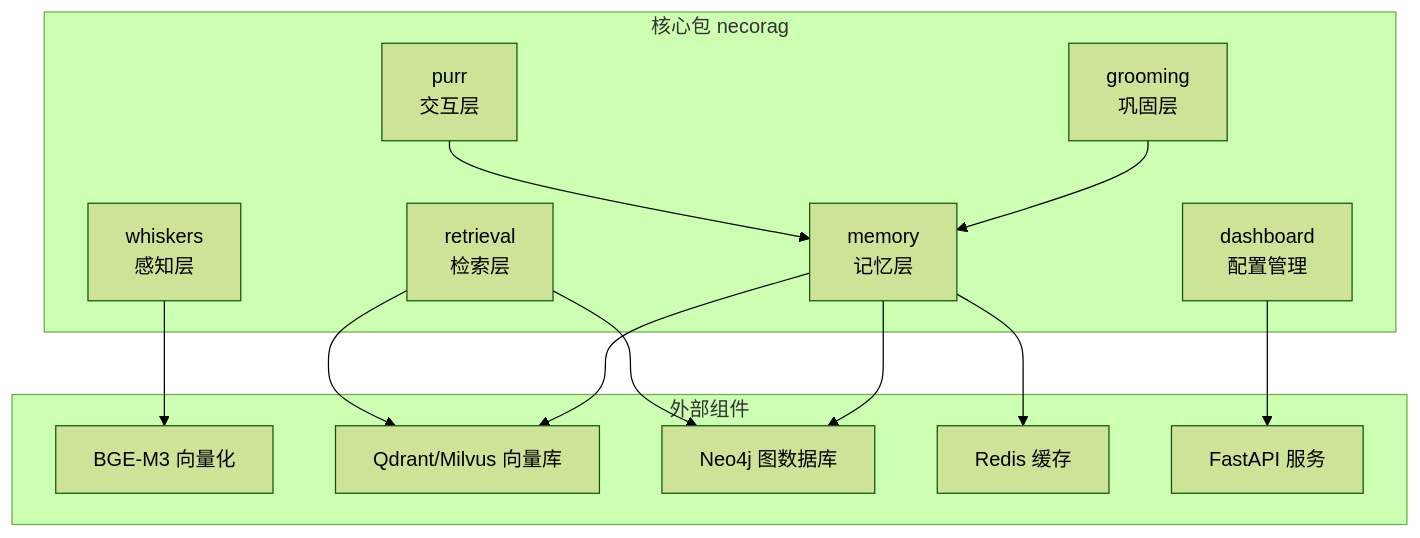
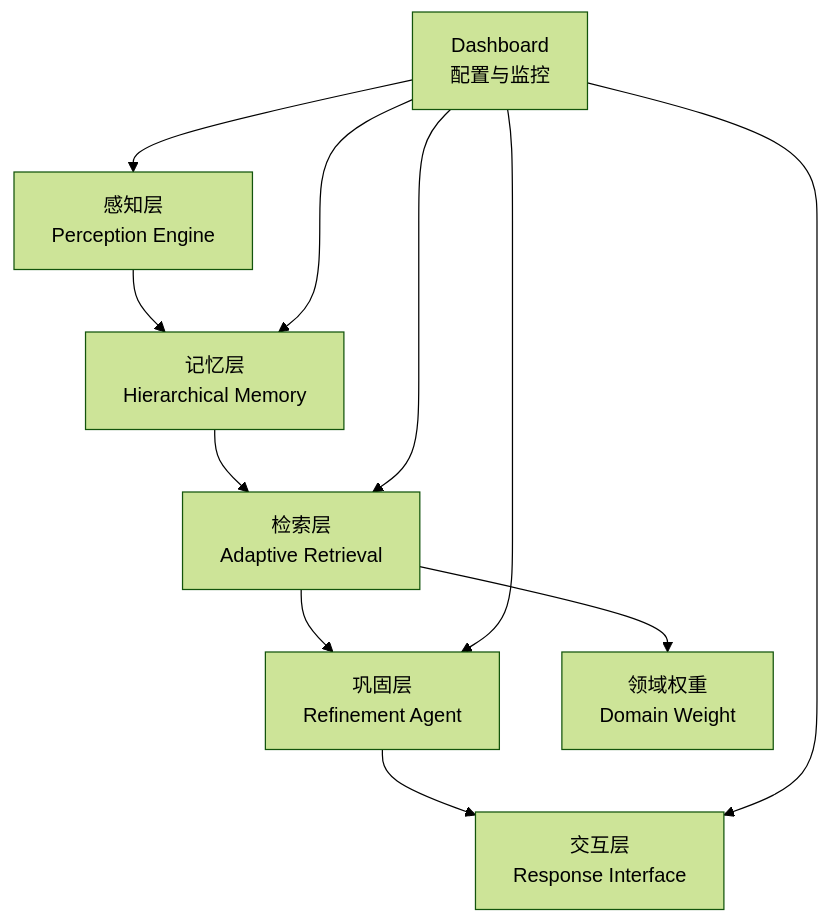
The first of 10 diagrams in .qoder/repowiki/zh/content/项目概述/项目概述.md (JieGaoPrinceton/NecoRAG), drawn with Mermaid (forest theme) before and after one commit. The commit also changed other lines of this file and 76 other files, not shown here.

````diff
--- a/.qoder/repowiki/zh/content/项目概述/项目概述.md
+++ b/.qoder/repowiki/zh/content/项目概述/项目概述.md
@@ -57,27 +48,13 @@
 ```mermaid
 graph TB
-subgraph "核心包 necorag"
-W["whiskers<br/>感知层"]
-M["memory<br/>记忆层"]
-R["retrieval<br/>检索层"]
-G["grooming<br/>巩固层"]
-P["purr<br/>交互层"]
-D["dashboard<br/>配置管理"]
-end
-subgraph "外部组件"
-BGE["BGE-M3 向量化"]
-QDR["Qdrant/Milvus 向量库"]
-NEO["Neo4j 图数据库"]
-RED["Redis 缓存"]
-FAST["FastAPI 服务"]
-end
-W --> BGE
-M --> QDR
-M --> NEO
-M --> RED
-R --> QDR
-R --> NEO
-G --> M
-P --> M
-D --> FAST
+A["感知层<br/>Perception Engine"] --> B["记忆层<br/>Hierarchical Memory"]
+B --> C["检索层<br/>Adaptive Retrieval"]
+C --> D["巩固层<br/>Refinement Agent"]
+D --> E["交互层<br/>Response Interface"]
+C --> F["领域权重<br/>Domain Weight"]
+G["Dashboard<br/>配置与监控"] --> A
+G --> B
+G --> C
+G --> D
+G --> E
 ```
````
